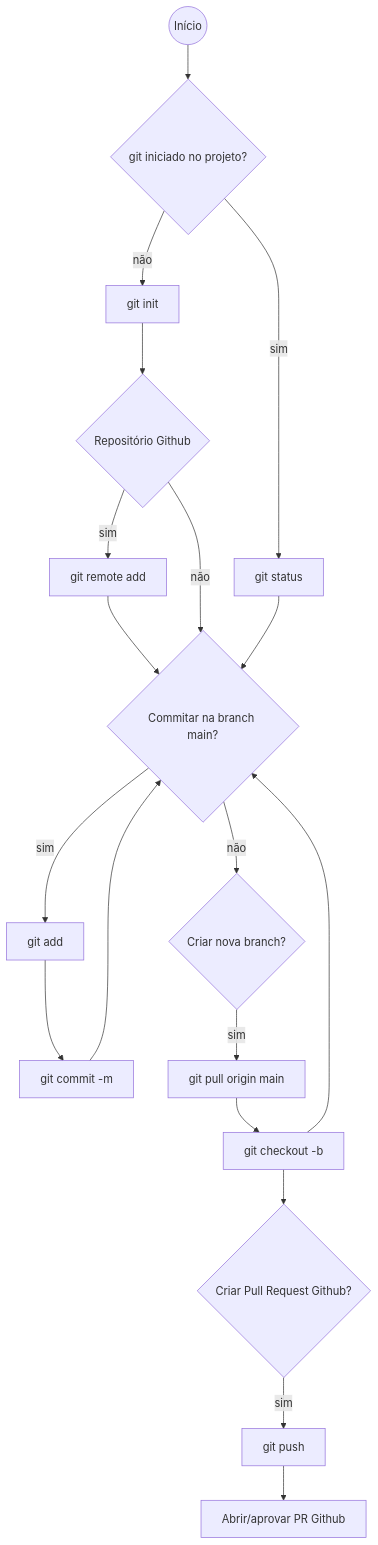
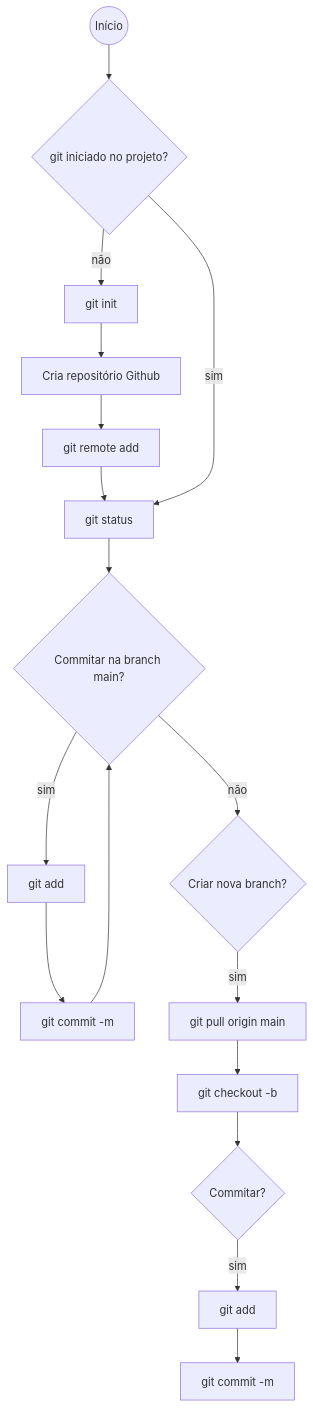
One commit to transparencia-mg/work-stefanini changed the diagram in docs/git_and_github.md. Above: the diagram before and after it, drawn with Mermaid.

Commit message:
Improve flow chart

````diff
--- a/docs/git_and_github.md
+++ b/docs/git_and_github.md
@@ -10,22 +10,21 @@
 ```mermaid
 graph TD;
     1((Início))-->2;
     2{git iniciado no projeto?}
     2 --> |não| 3[git init]
-    3 --> 11{Repositório Github}
-    11 --> |sim| 12[git remote add <nome_remote> <endereço_remote>]
-    12 --> 5
-    11 --> |não| 5
+    3 --> 11[Cria repositório Github]
+    11 --> 12[git remote add <nome_remote> <endereço_remote>]
+    12 --> 4
     2 --> |sim| 4[git status]
     4 --> 5{Commitar na branch main?}
     5 --> |sim| 6[git add <file_name>]
     6 --> 7[git commit -m <commit_message_entre_aspas>]
     7 --> 5
     5 --> |não| 8{Criar nova branch?}
     8 --> |sim| 9[git pull origin main]
     9 --> 10[git checkout -b <nova_branch_nome>]
-    10 --> 5
-    10 --> 13{Criar Pull Request Github?}
-    13 --> |sim| 14[git push <nome_remote> <nova_branch_nome>]
-    14 --> 15[Abrir/aprovar PR Github]
+    10 --> 13{Commitar?}
+    13 --> |sim| 14[git add <file_name>]
+    14 --> 15[git commit -m <commit_message_entre_aspas>]
+    
 ```
````
